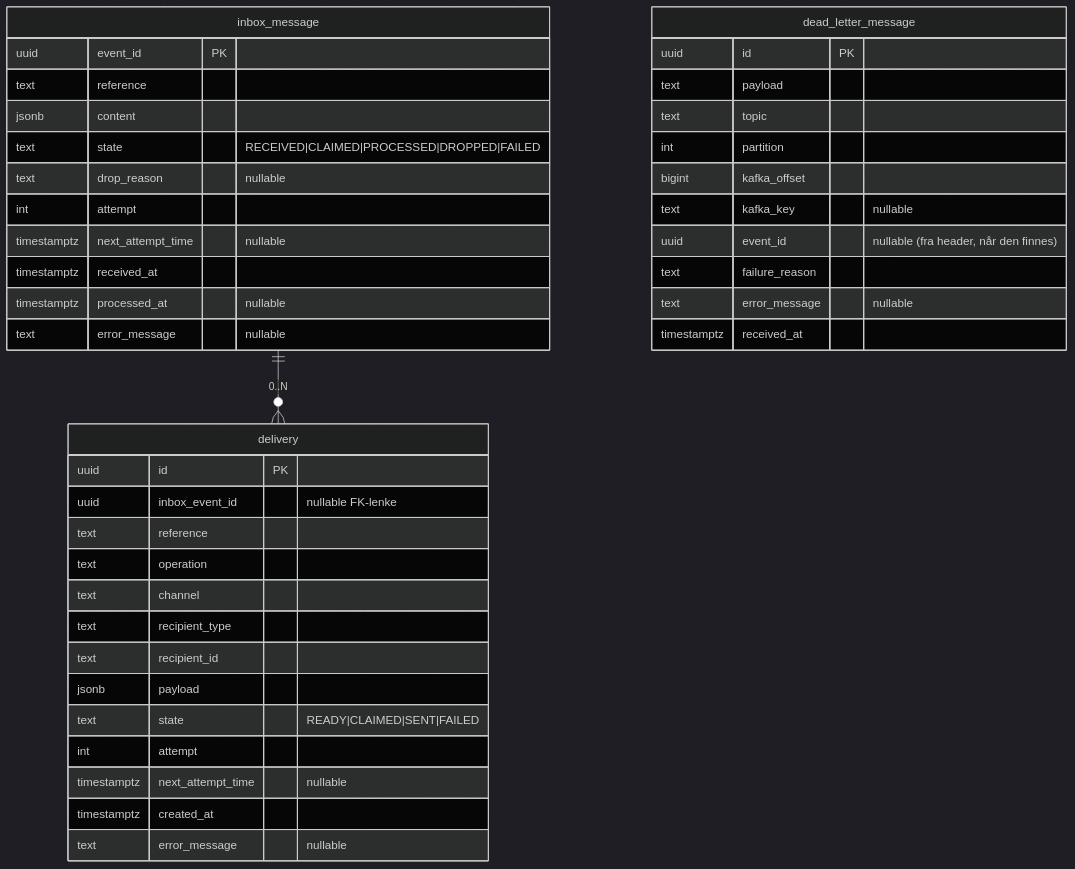
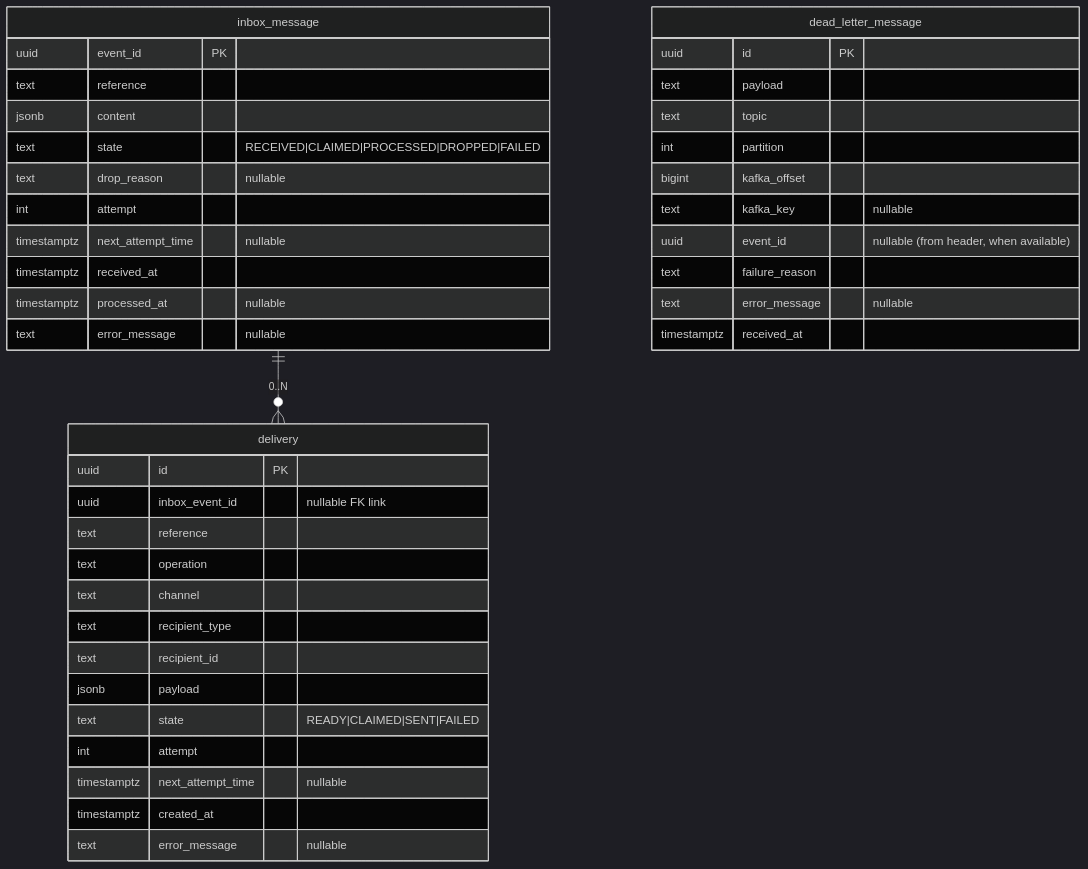
The diagram in docs/datamodell.md (navikt/syfo-budstikka), drawn with Mermaid (dark theme) before and after one commit. The commit also changed other lines of this file and 173 other files, not shown here.

````diff
--- a/docs/datamodell.md
+++ b/docs/datamodell.md
@@ -8,46 +9,46 @@
 ```mermaid
 erDiagram
     inbox_message ||--o{ delivery : "0..N"
 
     inbox_message {
         uuid        event_id PK
         text        reference
         jsonb       content
         text        state "RECEIVED|CLAIMED|PROCESSED|DROPPED|FAILED"
         text        drop_reason "nullable"
         int         attempt
         timestamptz next_attempt_time "nullable"
         timestamptz received_at
         timestamptz processed_at "nullable"
         text        error_message "nullable"
     }
 
     delivery {
         uuid        id PK
-        uuid        inbox_event_id "nullable FK-lenke"
+        uuid        inbox_event_id "nullable FK link"
         text        reference
         text        operation
         text        channel
         text        recipient_type
         text        recipient_id
         jsonb       payload
         text        state "READY|CLAIMED|SENT|FAILED"
         int         attempt
         timestamptz next_attempt_time "nullable"
         timestamptz created_at
         text        error_message "nullable"
     }
 
     dead_letter_message {
         uuid        id PK
         text        payload
         text        topic
         int         partition
         bigint      kafka_offset
         text        kafka_key "nullable"
-        uuid        event_id "nullable (fra header, når den finnes)"
+        uuid        event_id "nullable (from header, when available)"
         text        failure_reason
         text        error_message "nullable"
         timestamptz received_at
     }
 ```
````
